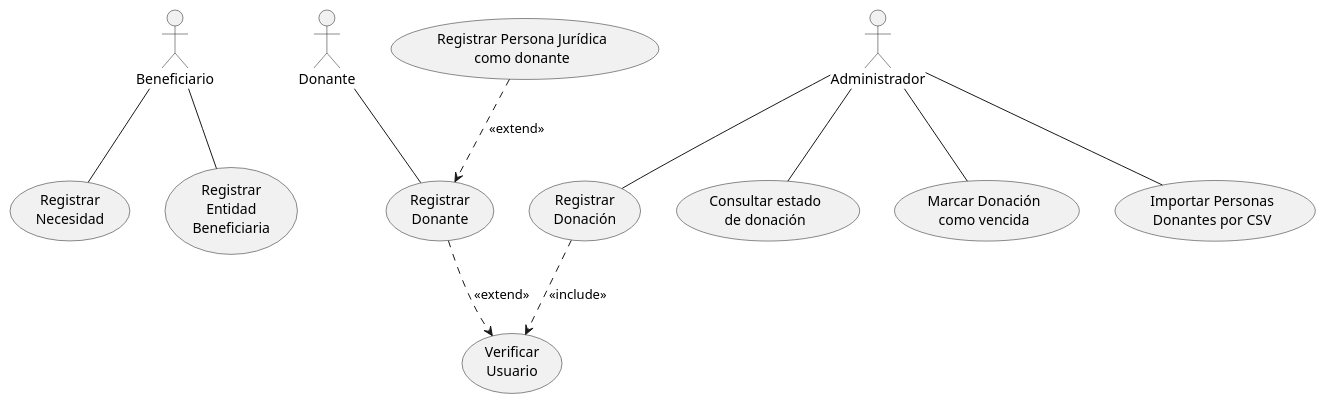
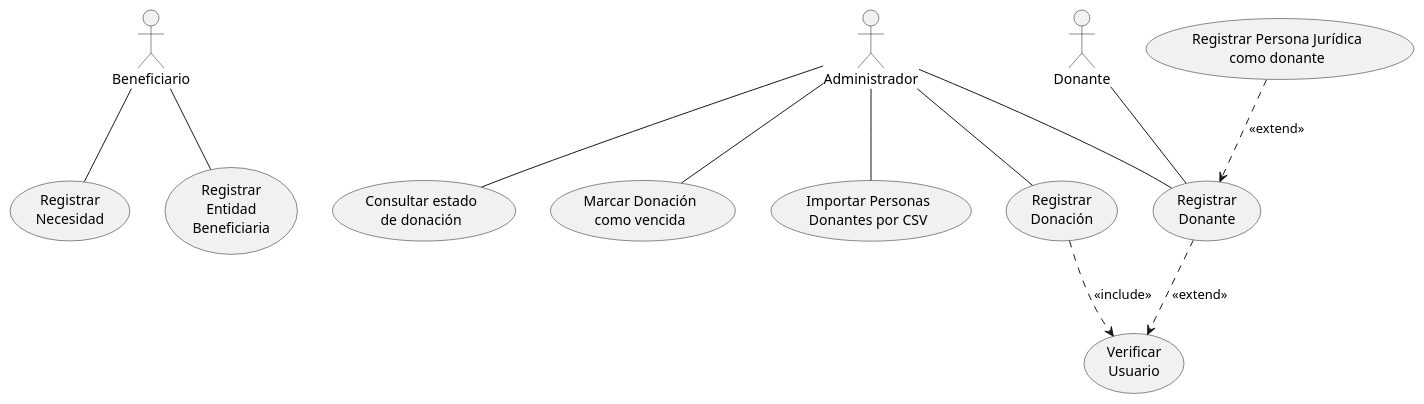
One commit to MileSantinoni/TPA_DonaTrack_Grupo11 changed the diagram in diagramaGeneralDeCasosDeUso.puml. Above: the diagram before and after it, drawn with PlantUML.

Commit message:
Aregar relación del Administrador con Registrar Donante

```diff
--- a/diagramaGeneralDeCasosDeUso.puml
+++ b/diagramaGeneralDeCasosDeUso.puml
@@ -1,28 +1,29 @@
 @startuml
 actor Beneficiario
 actor Donante
 actor Administrador
 usecase "Registrar\nNecesidad" as UC1
 usecase "Registrar\nEntidad\nBeneficiaria" as UC2
 
 
 usecase "Registrar\nDonante" as UC5
 usecase "Registrar Persona Jurídica\ncomo donante" as UC6
 usecase "Registrar\nDonación" as UC7
 usecase "Verificar\nUsuario" as UC8
 usecase "Consultar estado\nde donación" as UC9
 usecase "Marcar Donación\ncomo vencida" as UC10
 usecase "Importar Personas\nDonantes por CSV" as UC11
 Beneficiario -- UC1
 Beneficiario -- UC2
 
 Donante -- UC5
+Administrador -- UC5
 Administrador -- UC7
 Administrador -- UC9
 Administrador -- UC10
 Administrador -- UC11
 
 UC6 ..> UC5 : <<extend>>
 UC5 ..> UC8 : <<extend>>
 UC7 ..> UC8 : <<include>>
 @enduml
```
